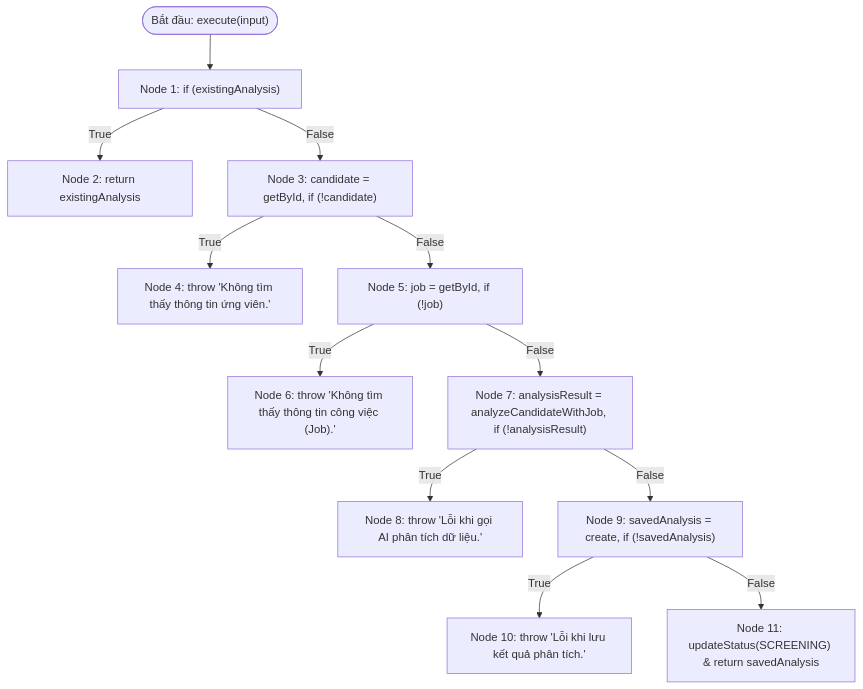
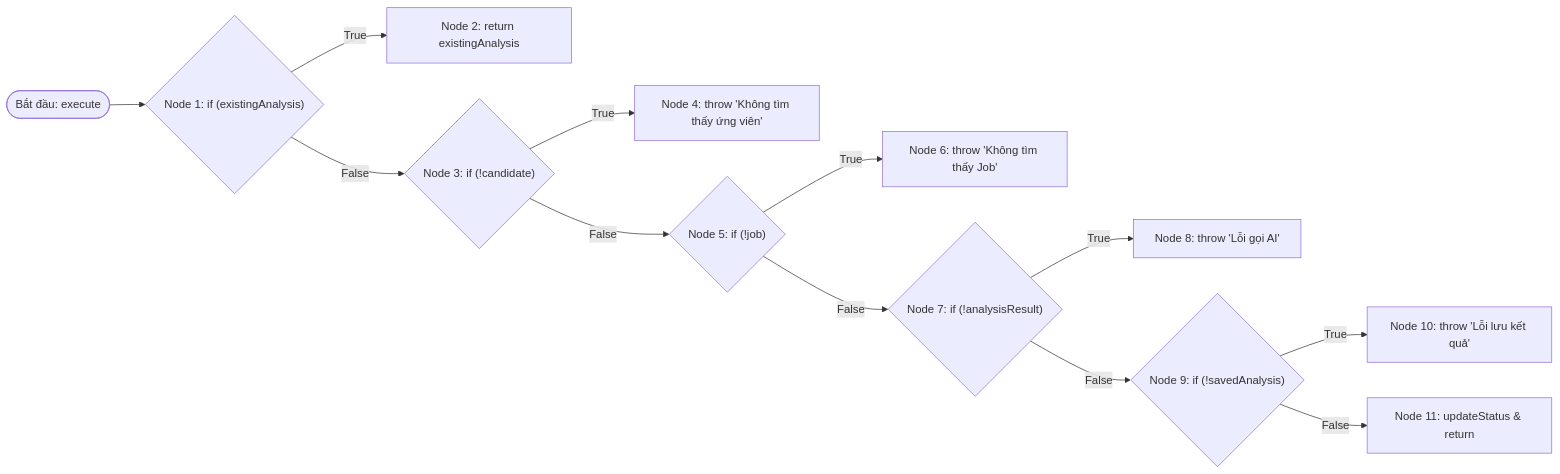
Before and after one commit to pvduy23052005/cse462-testing: the first of 2 diagrams in hop-trang/KiemThuHopTrang_UC07_AnalysisUseCase.md, drawn with Mermaid. The commit also changed other lines of this file and 6 other files, not shown here.

````diff
--- a/hop-trang/KiemThuHopTrang_UC07_AnalysisUseCase.md
+++ b/hop-trang/KiemThuHopTrang_UC07_AnalysisUseCase.md
@@ -97,19 +97,19 @@
 ```mermaid
-flowchart TD
-    Start(["Bắt đầu: execute(input)"]) --> N1["Node 1: if (existingAnalysis)"]
+flowchart LR
+    Start(["Bắt đầu: execute"]) --> N1{"Node 1: if (existingAnalysis)"}
 
-    N1 -- True --> N2["Node 2: return existingAnalysis"]
-    N1 -- False --> N3["Node 3: candidate = getById, if (!candidate)"]
+    N1 -- "True" --> N2["Node 2: return existingAnalysis"]
+    N1 -- "False" --> N3{"Node 3: if (!candidate)"}
 
-    N3 -- True --> N4["Node 4: throw 'Không tìm thấy thông tin ứng viên.'"]
-    N3 -- False --> N5["Node 5: job = getById, if (!job)"]
+    N3 -- "True" --> N4["Node 4: throw 'Không tìm thấy ứng viên'"]
+    N3 -- "False" --> N5{"Node 5: if (!job)"}
 
-    N5 -- True --> N6["Node 6: throw 'Không tìm thấy thông tin công việc (Job).'"]
-    N5 -- False --> N7["Node 7: analysisResult = analyzeCandidateWithJob, if (!analysisResult)"]
+    N5 -- "True" --> N6["Node 6: throw 'Không tìm thấy Job'"]
+    N5 -- "False" --> N7{"Node 7: if (!analysisResult)"}
 
-    N7 -- True --> N8["Node 8: throw 'Lỗi khi gọi AI phân tích dữ liệu.'"]
-    N7 -- False --> N9["Node 9: savedAnalysis = create, if (!savedAnalysis)"]
+    N7 -- "True" --> N8["Node 8: throw 'Lỗi gọi AI'"]
+    N7 -- "False" --> N9{"Node 9: if (!savedAnalysis)"}
 
-    N9 -- True --> N10["Node 10: throw 'Lỗi khi lưu kết quả phân tích.'"]
-    N9 -- False --> N11["Node 11: updateStatus(SCREENING) & return savedAnalysis"]
+    N9 -- "True" --> N10["Node 10: throw 'Lỗi lưu kết quả'"]
+    N9 -- "False" --> N11["Node 11: updateStatus & return"]
 ```
````
